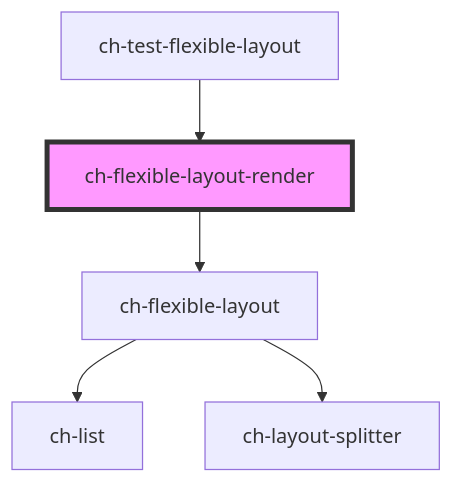
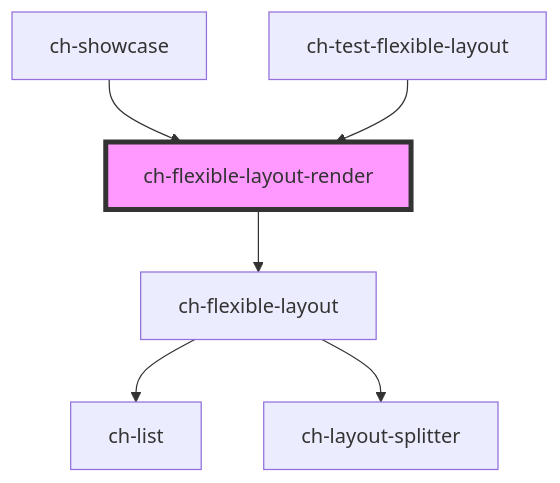
Before and after one commit to genexuslabs/chameleon-controls-library: the diagram in src/components/flexible-layout/readme.md, drawn with Mermaid. The commit also changed other lines of this file and 9 other files, not shown here.

````diff
--- a/src/components/flexible-layout/readme.md
+++ b/src/components/flexible-layout/readme.md
@@ -113,8 +114,9 @@
 ```mermaid
 graph TD;
   ch-flexible-layout-render --> ch-flexible-layout
   ch-flexible-layout --> ch-list
   ch-flexible-layout --> ch-layout-splitter
+  ch-showcase --> ch-flexible-layout-render
   ch-test-flexible-layout --> ch-flexible-layout-render
   style ch-flexible-layout-render fill:#f9f,stroke:#333,stroke-width:4px
 ```
````
